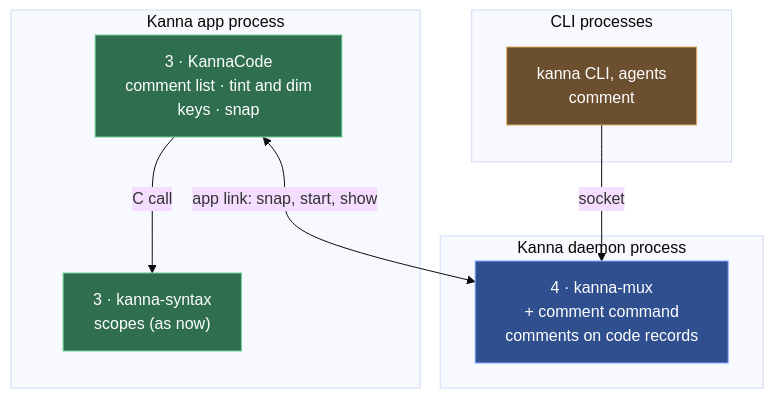
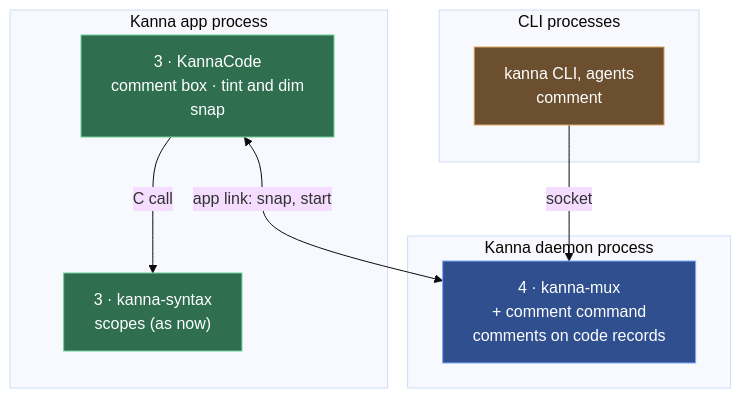
Before and after one commit to jemdiggity/kanna-v4: the second of 2 diagrams in docs/specs/code-tour.md, drawn with Mermaid (base theme). The commit also changed other lines of this file and 4 other files, not shown here.

Commit message:
Code tour: only the newest comment shows, in a box above its lines; no list beside the code; the skill is kanna-explain, with markdown docs and diagrams beside comments; ⌃− ⌃⇧− navigation is backlog t40

````diff
--- a/docs/specs/code-tour.md
+++ b/docs/specs/code-tour.md
@@ -91,22 +79,22 @@
 ```mermaid
 flowchart TB
     subgraph CLIP["CLI processes"]
         CLI["kanna CLI, agents<br/>comment"]
     end
     subgraph APP["Kanna app process"]
-        L3["3 · KannaCode<br/>comment list · tint and dim<br/>keys · snap"]
+        L3["3 · KannaCode<br/>comment box · tint and dim<br/>snap"]
         L3S["3 · kanna-syntax<br/>scopes (as now)"]
         L3 -->|"C call"| L3S
     end
     subgraph DAEMON["Kanna daemon process"]
         L4["4 · kanna-mux<br/>+ comment command<br/>comments on code records"]
     end
     CLI -->|"socket"| L4
-    L3 <-->|"app link: snap, start, show"| L4
+    L3 <-->|"app link: snap, start"| L4
     classDef kanna fill:#2f6f4f,stroke:#6fcf97,color:#ffffff
     classDef kmux fill:#2f4f8f,stroke:#7fa7ff,color:#ffffff
     classDef client fill:#6b4f2f,stroke:#e0a960,color:#ffffff
     class L3,L3S kanna
     class L4 kmux
     class CLI client
 ```
````
